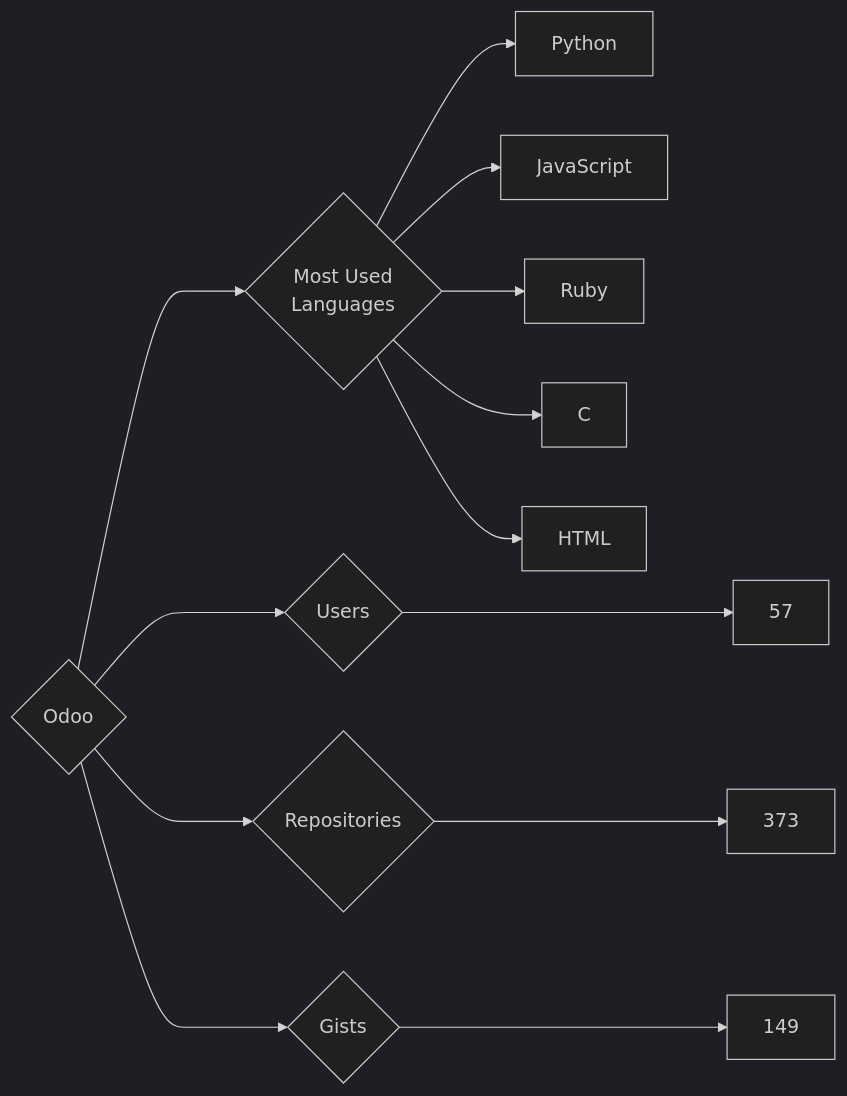
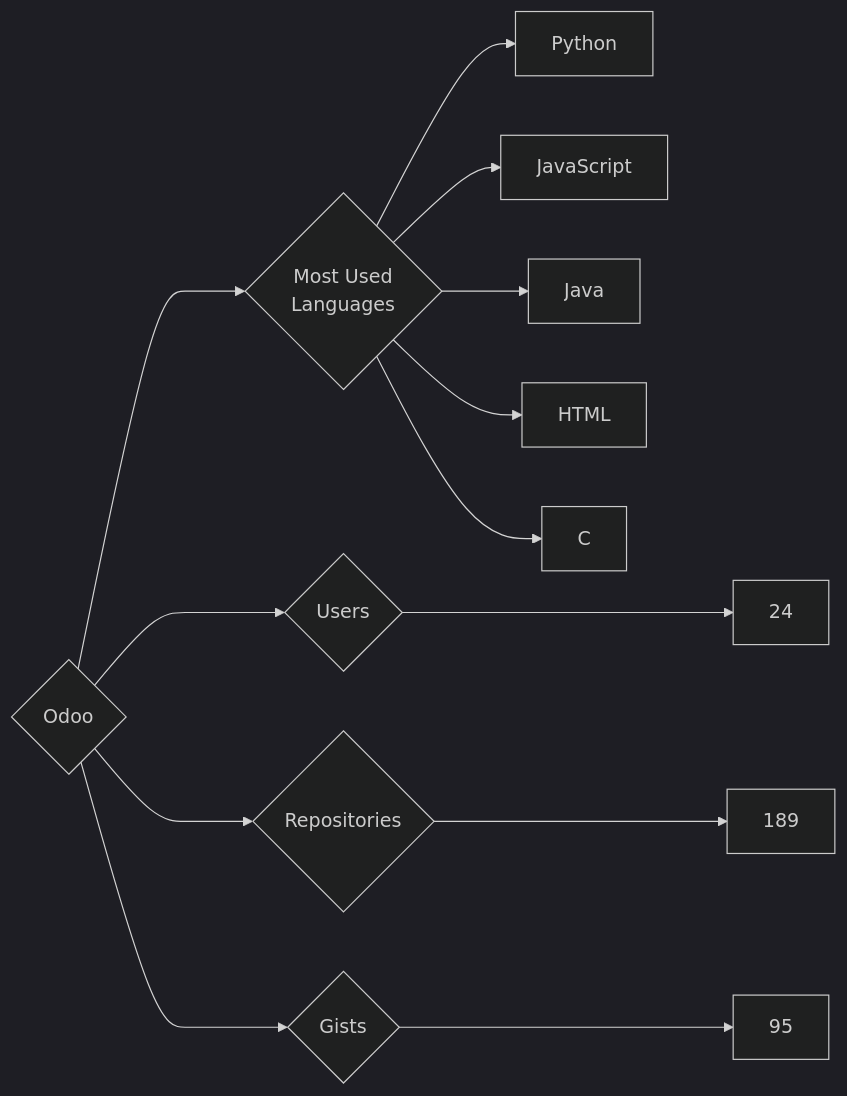
The diagram in targets/Odoo/README.md (trickest/insiders), drawn with Mermaid (dark theme) before and after one commit. The commit also changed 815 other files, not shown here.

````diff
--- a/targets/Odoo/README.md
+++ b/targets/Odoo/README.md
@@ -3,13 +3,13 @@
 ```mermaid
 graph LR
 COMPANY_NAME{Odoo}
-COMPANY_NAME ---> U{Users} ---> UN[57]
-COMPANY_NAME ---> R{Repositories} ---> RN[373]
-COMPANY_NAME ---> G{Gists} ---> GN[149]
+COMPANY_NAME ---> U{Users} ---> UN[24]
+COMPANY_NAME ---> R{Repositories} ---> RN[189]
+COMPANY_NAME ---> G{Gists} ---> GN[95]
 COMPANY_NAME ---> ML{Most Used<br>Languages}
 ML --> Python[Python]
 ML --> JavaScript[JavaScript]
-ML --> Ruby[Ruby]
+ML --> Java[Java]
+ML --> HTML[HTML]
 ML --> C[C]
-ML --> HTML[HTML]
 ```
````
